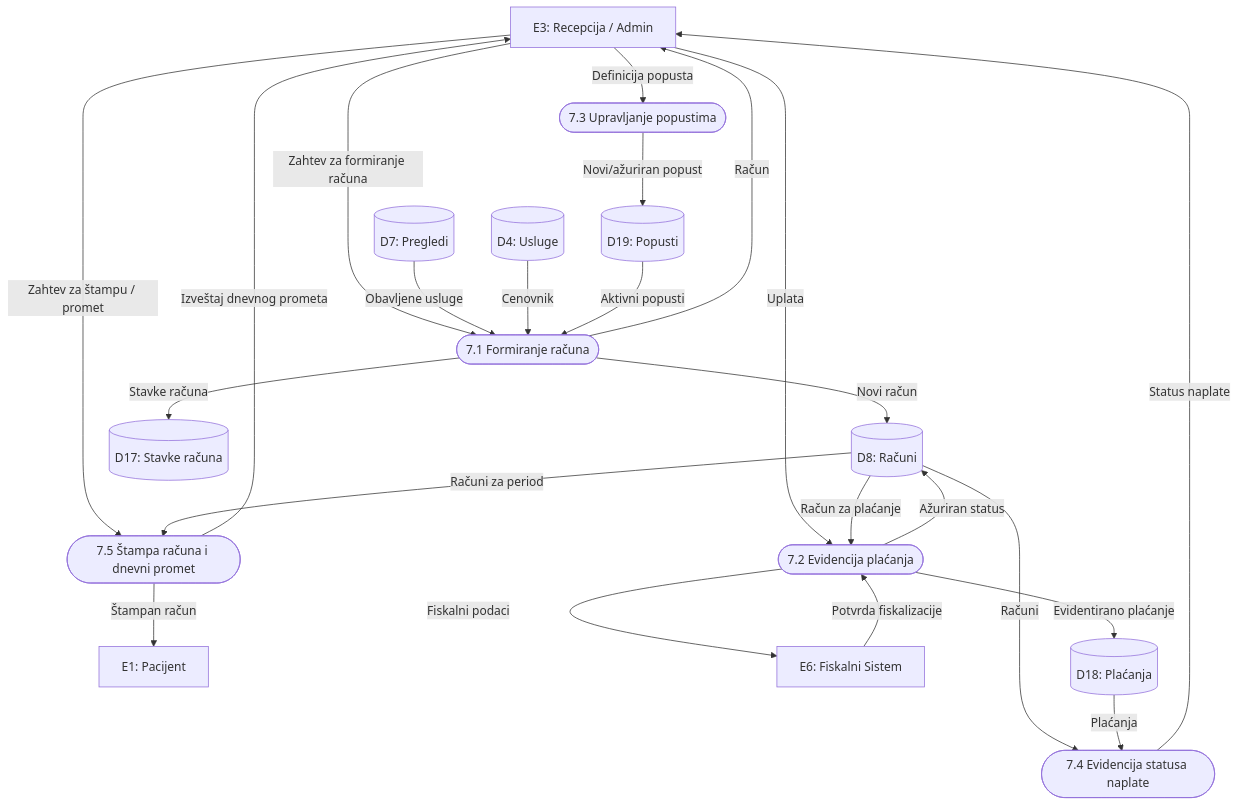
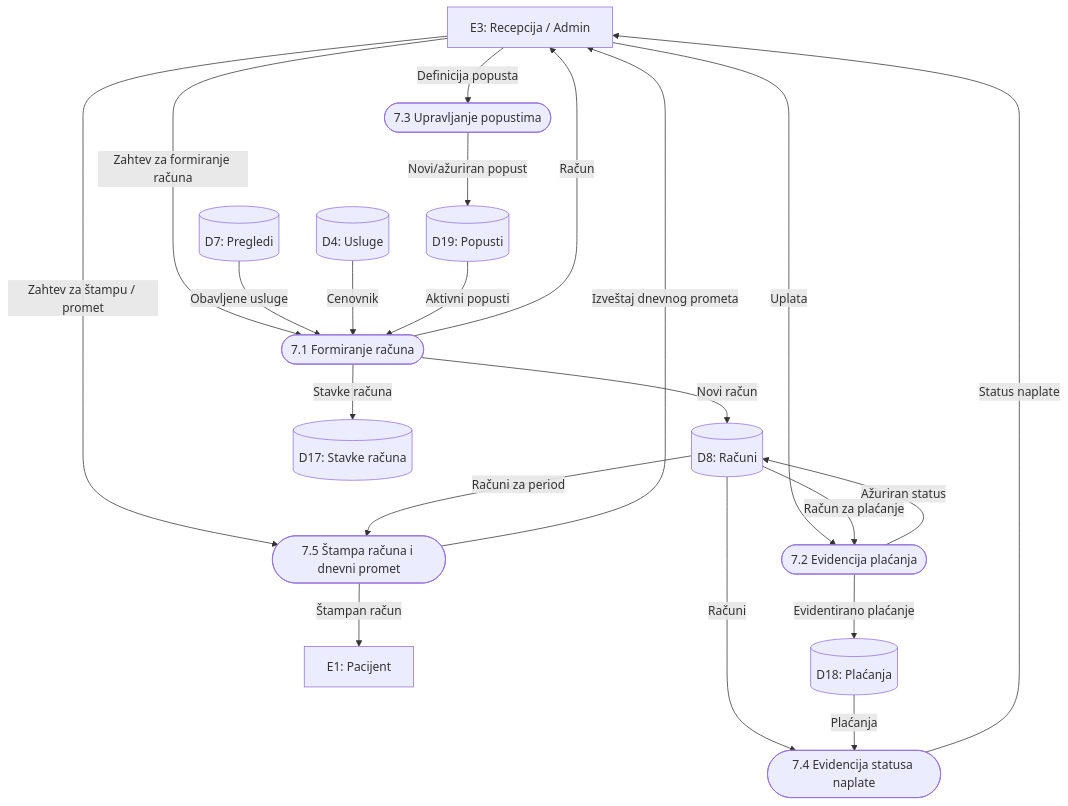
One commit to W1nt3rR/informacioni-sistem-privatne-klinike changed diagram 11 of 34 in docs/sistem-analiza.md. Above: the diagram before and after it, drawn with Mermaid. The commit also changed other lines of this file and 25 other files, not shown here.

````diff
--- a/docs/sistem-analiza.md
+++ b/docs/sistem-analiza.md
@@ -611,46 +598,43 @@
 ```mermaid
 graph TD
     E1["E1: Pacijent"]
     E3["E3: Recepcija / Admin"]
-    E6["E6: Fiskalni Sistem"]
 
     P71(["7.1 Formiranje računa"])
     P72(["7.2 Evidencija plaćanja"])
     P73(["7.3 Upravljanje popustima"])
     P74(["7.4 Evidencija statusa naplate"])
     P75(["7.5 Štampa računa i dnevni promet"])
 
     D4[("D4: Usluge")]
     D7[("D7: Pregledi")]
     D8[("D8: Računi")]
     D17[("D17: Stavke računa")]
     D18[("D18: Plaćanja")]
     D19[("D19: Popusti")]
 
     E3 -->|"Zahtev za formiranje računa"| P71
     D7 -->|"Obavljene usluge"| P71
     D4 -->|"Cenovnik"| P71
     D19 -->|"Aktivni popusti"| P71
     P71 -->|"Novi račun"| D8
     P71 -->|"Stavke računa"| D17
     P71 -->|"Račun"| E3
 
     E3 -->|"Uplata"| P72
     D8 -->|"Račun za plaćanje"| P72
     P72 -->|"Evidentirano plaćanje"| D18
     P72 -->|"Ažuriran status"| D8
-    P72 -->|"Fiskalni podaci"| E6
-    E6 -->|"Potvrda fiskalizacije"| P72
 
     E3 -->|"Definicija popusta"| P73
     P73 -->|"Novi/ažuriran popust"| D19
 
     D8 -->|"Računi"| P74
     D18 -->|"Plaćanja"| P74
     P74 -->|"Status naplate"| E3
 
     E3 -->|"Zahtev za štampu / promet"| P75
     D8 -->|"Računi za period"| P75
     P75 -->|"Štampan račun"| E1
     P75 -->|"Izveštaj dnevnog prometa"| E3
 ```
````
